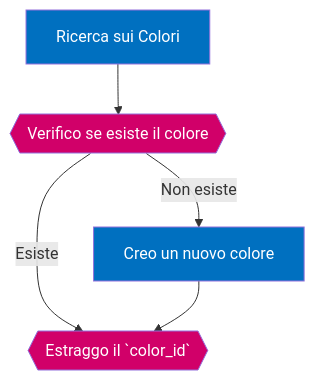
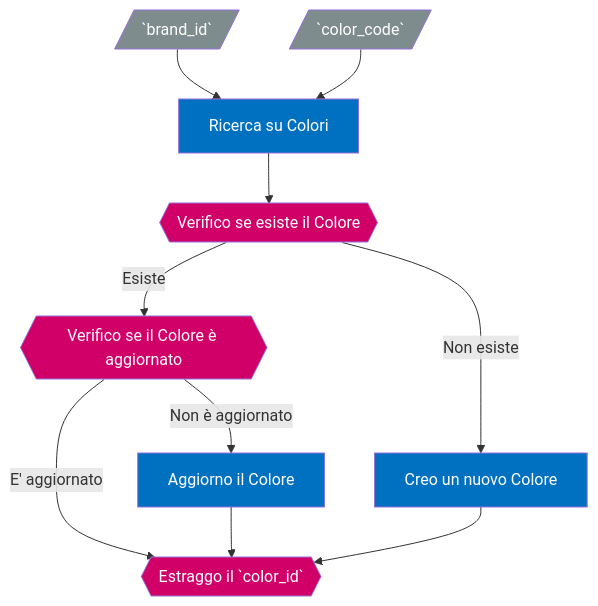
The third of 7 diagrams in how_to/import_products.md (phoenixweb/Crystal), drawn with Mermaid before and after one commit. The commit also changed other lines of this file, not shown here.

````diff
--- a/how_to/import_products.md
+++ b/how_to/import_products.md
@@ -130,13 +140,23 @@
 ```mermaid
 graph TD;
- A[Ricerca sui Colori]:::action;
- B{{Verifico se esiste il colore}}:::logic;
- C[Creo un nuovo colore]:::action;
- D{{Estraggo il `color_id`}}:::logic;
- A-->B;
- B-->|Esiste|D;
- B-->|Non esiste|C;
- C-->D;
- classDef action fill:#0070C0,color:#FFF;
- classDef logic fill:#D10069,color:#FFF;
+	A[/`brand_id`/]:::input;
+	B[/`color_code`/]:::input;
+	C[Ricerca su Colori]:::action;
+	D{{Verifico se esiste il Colore}}:::logic;
+	E{{Verifico se il Colore è aggiornato}}:::logic;
+	F[Creo un nuovo Colore]:::action;
+	G[Aggiorno il Colore]:::action;
+	H{{Estraggo il `color_id`}}:::logic;
+	A-->C;
+	B-->C;
+	C-->D;
+	D-->|Esiste|E;
+	E-->|Non è aggiornato|G;
+	E-->|E' aggiornato|H;
+	G-->H;
+	D-->|Non esiste|F;
+	F-->H;
+	classDef input fill:#7F8C8D,color:#FFF;
+	classDef action fill:#0070C0,color:#FFF;
+	classDef logic fill:#D10069,color:#FFF;
 ```
````
